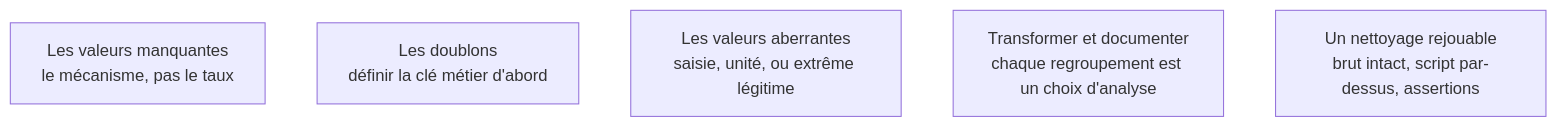
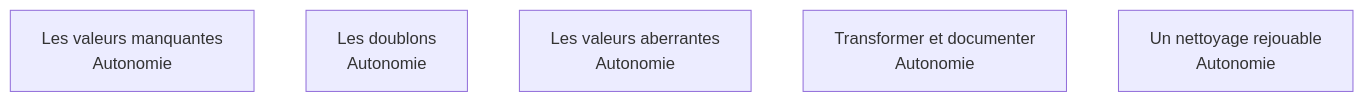
Before and after one commit to floSa/Atlas-Metiers-Roadmaps: the diagram in content/parcours/data-analyst/nettoyer/index.md, drawn with Mermaid. The commit also changed 20 other files, not shown here.

````diff
--- a/content/parcours/data-analyst/nettoyer/index.md
+++ b/content/parcours/data-analyst/nettoyer/index.md
@@ -11,14 +11,14 @@
 ```mermaid
 flowchart TD
-  M["Les valeurs manquantes<br/>le mécanisme, pas le taux"]
-  D["Les doublons<br/>définir la clé métier d'abord"]
-  A["Les valeurs aberrantes<br/>saisie, unité, ou extrême légitime"]
-  T["Transformer et documenter<br/>chaque regroupement est un choix d'analyse"]
-  R["Un nettoyage rejouable<br/>brut intact, script par-dessus, assertions"]
+  M["Les valeurs manquantes<br/>Autonomie"]
+  D["Les doublons<br/>Autonomie"]
+  A["Les valeurs aberrantes<br/>Autonomie"]
+  T["Transformer et documenter<br/>Autonomie"]
+  R["Un nettoyage rejouable<br/>Autonomie"]
 
   click M "/parcours/data-analyst/nettoyer/les-valeurs-manquantes"
   click D "/parcours/data-analyst/nettoyer/les-doublons"
   click A "/parcours/data-analyst/nettoyer/les-valeurs-aberrantes"
   click T "/parcours/data-analyst/nettoyer/transformer-et-documenter"
   click R "/parcours/data-analyst/nettoyer/un-nettoyage-rejouable"
 ```
````
